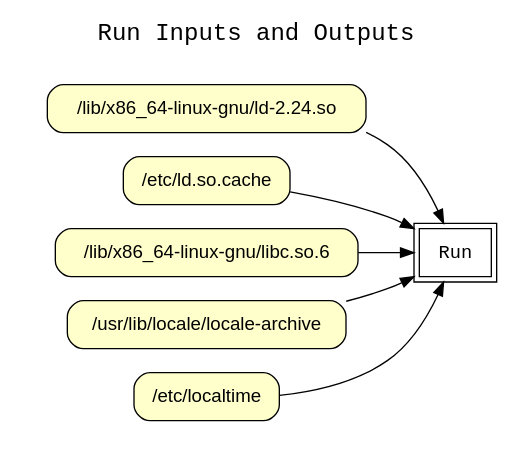
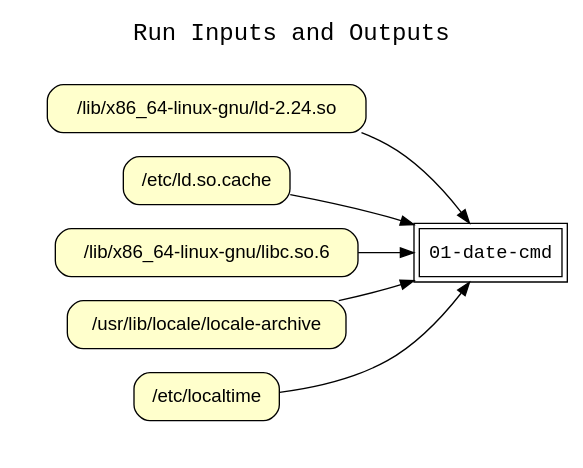
One commit to CIRSS/cpr changed the diagram in examples/01-date-cmd/graphs/wt_run_inputs_outputs.dot. Above: the diagram before and after it, drawn with Graphviz. The commit also changed 24 other files, not shown here.

Commit message:
Now capturing run name and rendering in run graph

```diff
--- a/examples/01-date-cmd/graphs/wt_run_inputs_outputs.dot
+++ b/examples/01-date-cmd/graphs/wt_run_inputs_outputs.dot
@@ -1,26 +1,26 @@
 
 digraph wt_run {
 rankdir=LR
 fontname=Courier; fontsize=18; labelloc=t
 label="Run Inputs and Outputs"
 node[shape=box style="filled" fillcolor="#FFFFFF" peripheries=2 fontname=Courier]
-"Run"
+"01-date-cmd"
 subgraph cluster_inputs { label=""; color=white; penwidth=0
 subgraph cluster_inputs_inner { label=""; color=white
 node[shape=box style="rounded,filled" fillcolor="#FFFFCC" peripheries=1 fontname=Helvetica]
 "input:/lib/x86_64-linux-gnu/ld-2.24.so" [label="/lib/x86_64-linux-gnu/ld-2.24.so"]
 "input:/etc/ld.so.cache" [label="/etc/ld.so.cache"]
 "input:/lib/x86_64-linux-gnu/libc.so.6" [label="/lib/x86_64-linux-gnu/libc.so.6"]
 "input:/usr/lib/locale/locale-archive" [label="/usr/lib/locale/locale-archive"]
 "input:/etc/localtime" [label="/etc/localtime"]
 }}
 subgraph cluster_outputs { label=""; color=white; penwidth=0
 subgraph cluster_outputs_inner { label=""; color=white
 node[shape=box style="rounded,filled" fillcolor="#FFFFCC" peripheries=1 fontname=Helvetica]
 }}
-"input:/lib/x86_64-linux-gnu/ld-2.24.so" -> "Run"
-"input:/etc/ld.so.cache" -> "Run"
-"input:/lib/x86_64-linux-gnu/libc.so.6" -> "Run"
-"input:/usr/lib/locale/locale-archive" -> "Run"
-"input:/etc/localtime" -> "Run"
+"input:/lib/x86_64-linux-gnu/ld-2.24.so" -> "01-date-cmd"
+"input:/etc/ld.so.cache" -> "01-date-cmd"
+"input:/lib/x86_64-linux-gnu/libc.so.6" -> "01-date-cmd"
+"input:/usr/lib/locale/locale-archive" -> "01-date-cmd"
+"input:/etc/localtime" -> "01-date-cmd"
 }
```
